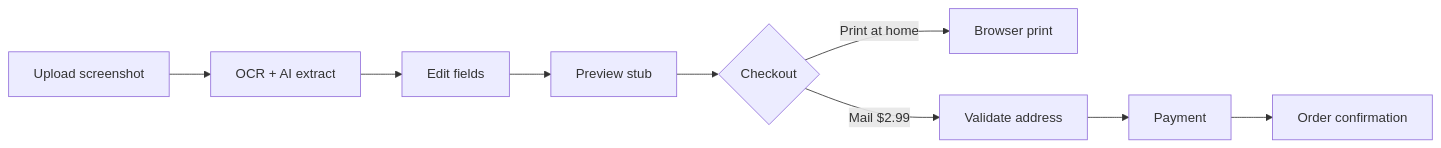
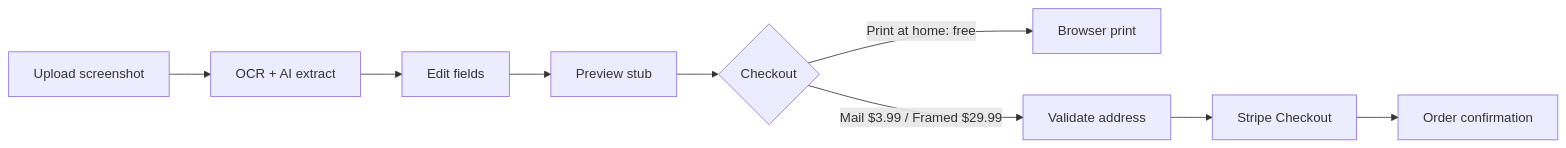
One commit to nicki-ghobadi/real-ticket-stubs changed the diagram in README.md. Above: the diagram before and after it, drawn with Mermaid. The commit also changed other lines of this file and 10 other files, not shown here.

First line of the commit message:
Add Claude extraction, Stripe Payment Links, and production hardening

````diff
--- a/README.md
+++ b/README.md
@@ -55,11 +74,11 @@
 ```mermaid
 flowchart LR
   A[Upload screenshot] --> B[OCR + AI extract]
   B --> C[Edit fields]
   C --> D[Preview stub]
   D --> E{Checkout}
-  E -->|Print at home| F[Browser print]
-  E -->|Mail $2.99| G[Validate address]
-  G --> H[Payment]
+  E -->|Print at home: free| F[Browser print]
+  E -->|Mail $3.99 / Framed $29.99| G[Validate address]
+  G --> H[Stripe Checkout]
   H --> I[Order confirmation]
 ```
````
